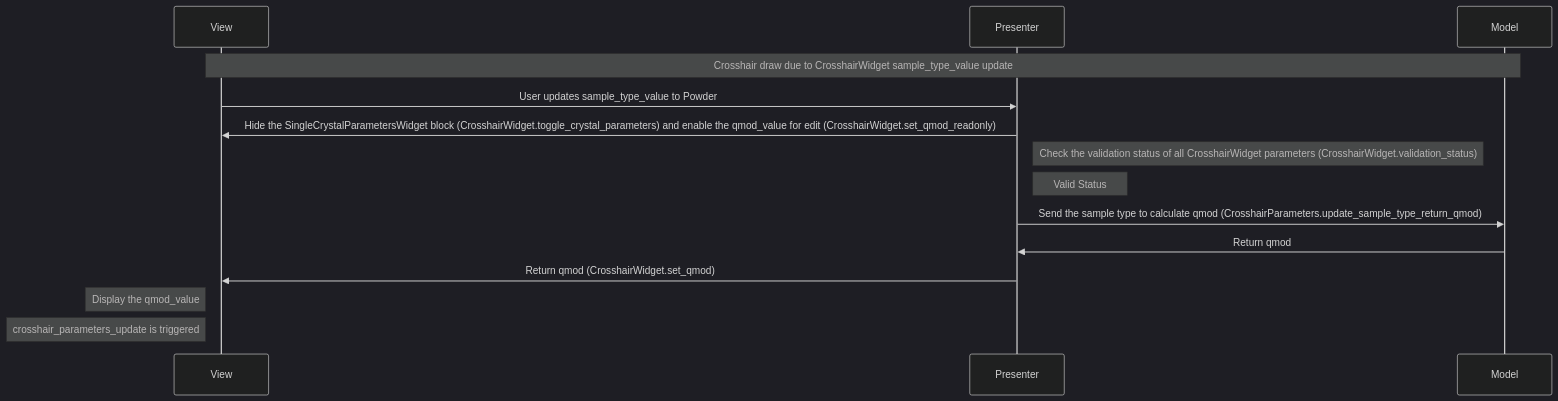
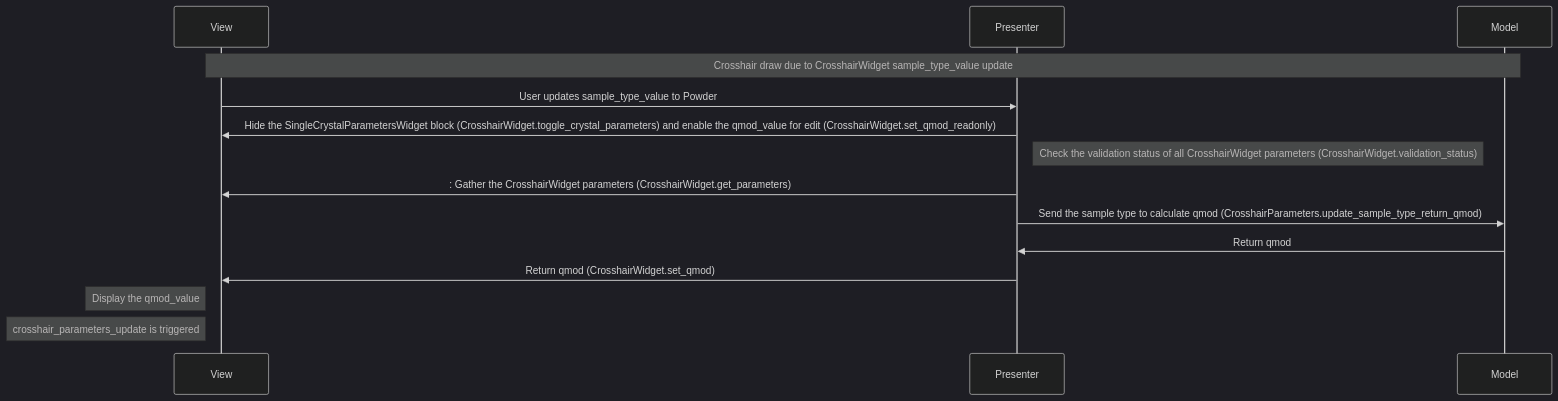
The tenth of 13 diagrams in docs/source/design/hyspecpptclasses.rst (neutrons/hyspecppt), drawn with Mermaid (dark theme) before and after one commit. The commit also changed other lines of this file, not shown here.

Commit message:
workflow presenter -view connections update

```diff
--- a/docs/source/design/hyspecpptclasses.rst
+++ b/docs/source/design/hyspecpptclasses.rst
@@ -521,17 +536,17 @@
             .. mermaid::
 
                 sequenceDiagram
                     participant View
                     participant Presenter
                     participant Model
 
                     Note over View,Model: Crosshair draw due to CrosshairWidget sample_type_value update
                     View->>Presenter: User updates sample_type_value to Powder
                     Presenter->>View: Hide the SingleCrystalParametersWidget block (CrosshairWidget.toggle_crystal_parameters) and enable the qmod_value for edit (CrosshairWidget.set_qmod_readonly)
                     Note right of Presenter: Check the validation status of all CrosshairWidget parameters (CrosshairWidget.validation_status)
-                    Note right of Presenter: Valid Status
+                    Presenter->>View:: Gather the CrosshairWidget  parameters (CrosshairWidget.get_parameters)
                     Presenter->>Model: Send the sample type to calculate qmod (CrosshairParameters.update_sample_type_return_qmod)
                     Model->>Presenter: Return qmod
                     Presenter->>View: Return qmod (CrosshairWidget.set_qmod)
                     Note left of View: Display the qmod_value
                     Note left of View: crosshair_parameters_update is triggered
```
